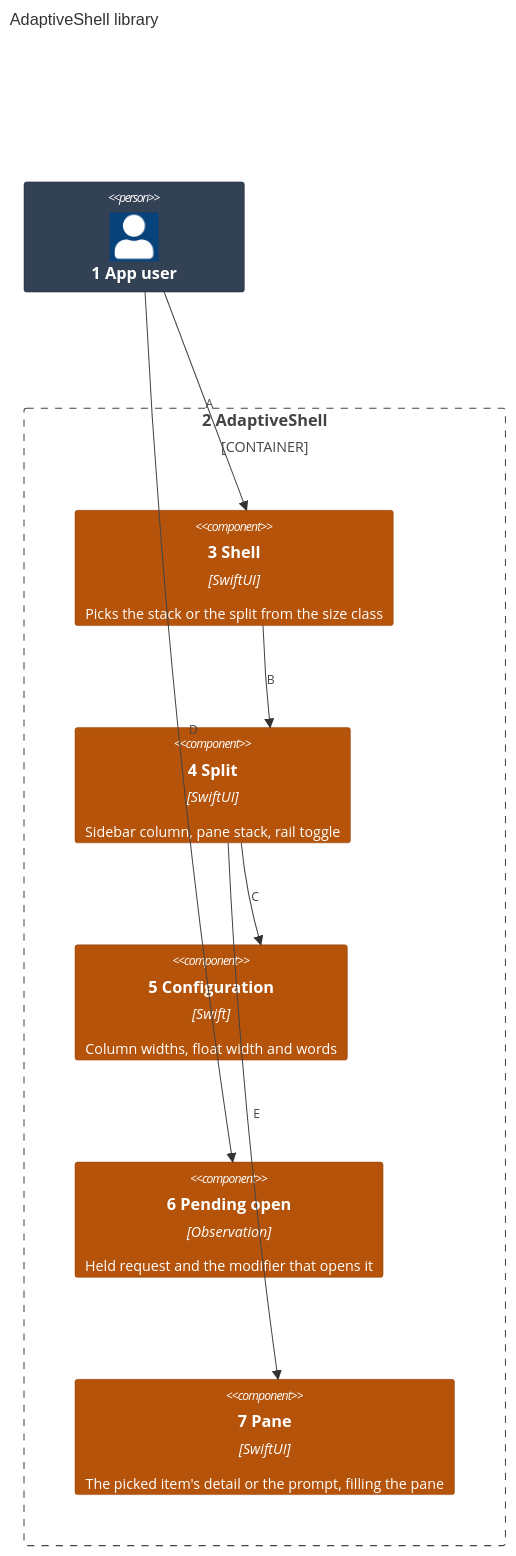
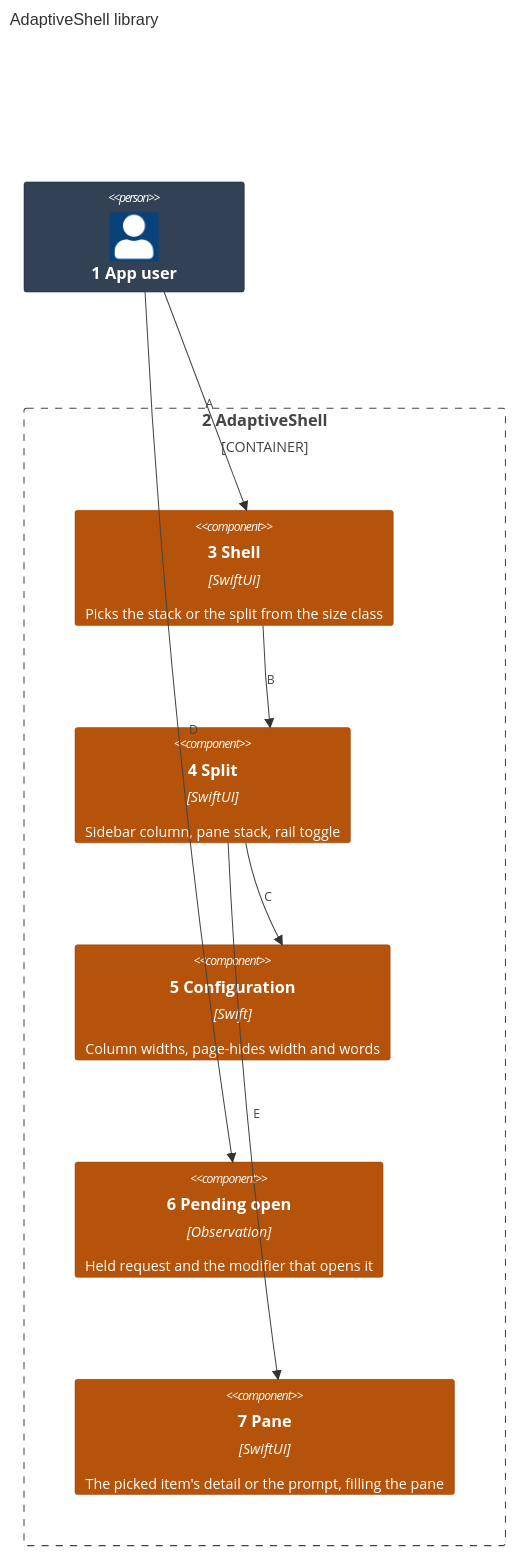
Before and after one commit to may-journal/common-swift: the first of 2 diagrams in Packages/AdaptiveShell/docs/architecture/03-components.md, drawn with Mermaid. The commit also changed 11 other files, not shown here.

````diff
--- a/Packages/AdaptiveShell/docs/architecture/03-components.md
+++ b/Packages/AdaptiveShell/docs/architecture/03-components.md
@@ -5,27 +5,27 @@
 ```mermaid
 C4Component
     title AdaptiveShell library
 
     Person(person, "1 App user")
 
     Container_Boundary(shell, "2 AdaptiveShell") {
         Component(root, "3 Shell", "SwiftUI", "Picks the stack or the split from the size class")
         Component(split, "4 Split", "SwiftUI", "Sidebar column, pane stack, rail toggle")
-        Component(config, "5 Configuration", "Swift", "Column widths, float width and words")
+        Component(config, "5 Configuration", "Swift", "Column widths, page-hides width and words")
         Component(pending, "6 Pending open", "Observation", "Held request and the modifier that opens it")
         Component(pane, "7 Pane", "SwiftUI", "The picked item's detail or the prompt, filling the pane")
     }
 
     Rel(person, root, "A")
     Rel(root, split, "B")
     Rel(split, config, "C")
     Rel(person, pending, "D")
     Rel(split, pane, "E")
 
     UpdateElementStyle(person, $bgColor="#334155", $borderColor="#1e293b", $fontColor="#ffffff")
     UpdateElementStyle(root, $bgColor="#b45309", $borderColor="#92400e", $fontColor="#ffffff")
     UpdateElementStyle(split, $bgColor="#b45309", $borderColor="#92400e", $fontColor="#ffffff")
     UpdateElementStyle(config, $bgColor="#b45309", $borderColor="#92400e", $fontColor="#ffffff")
     UpdateElementStyle(pending, $bgColor="#b45309", $borderColor="#92400e", $fontColor="#ffffff")
     UpdateElementStyle(pane, $bgColor="#b45309", $borderColor="#92400e", $fontColor="#ffffff")
 ```
````
